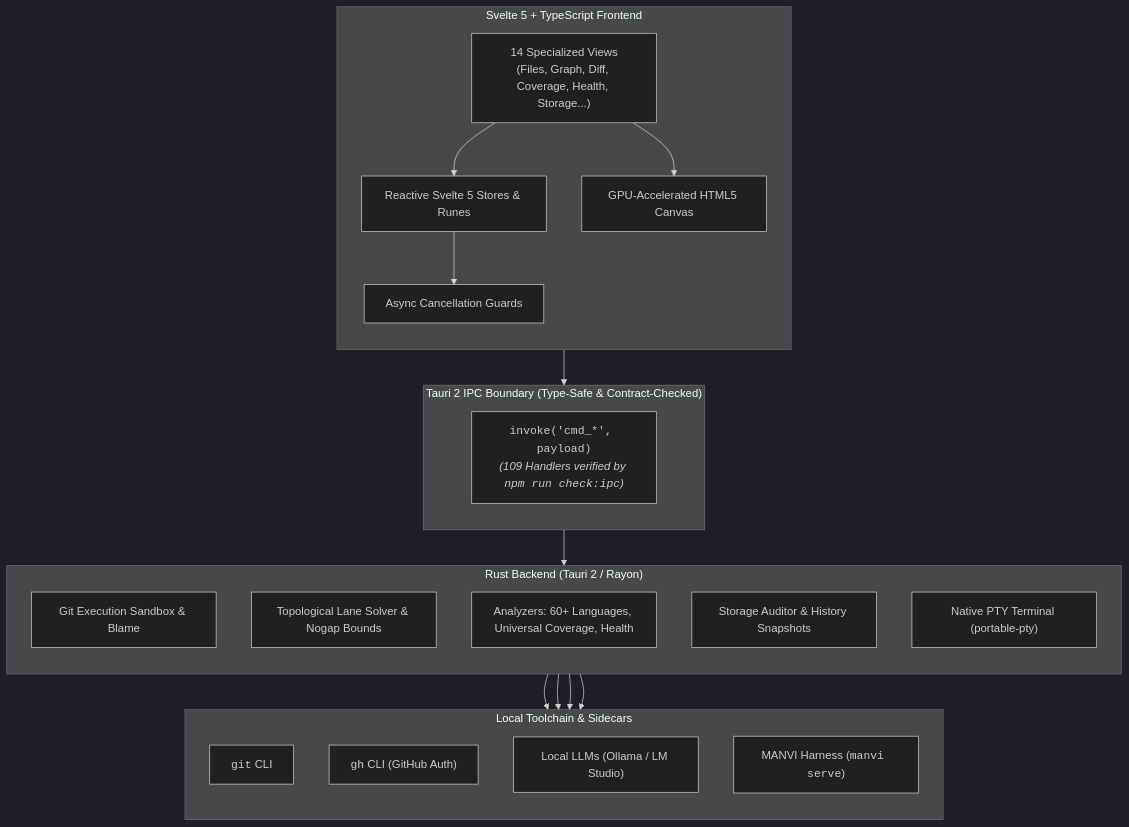
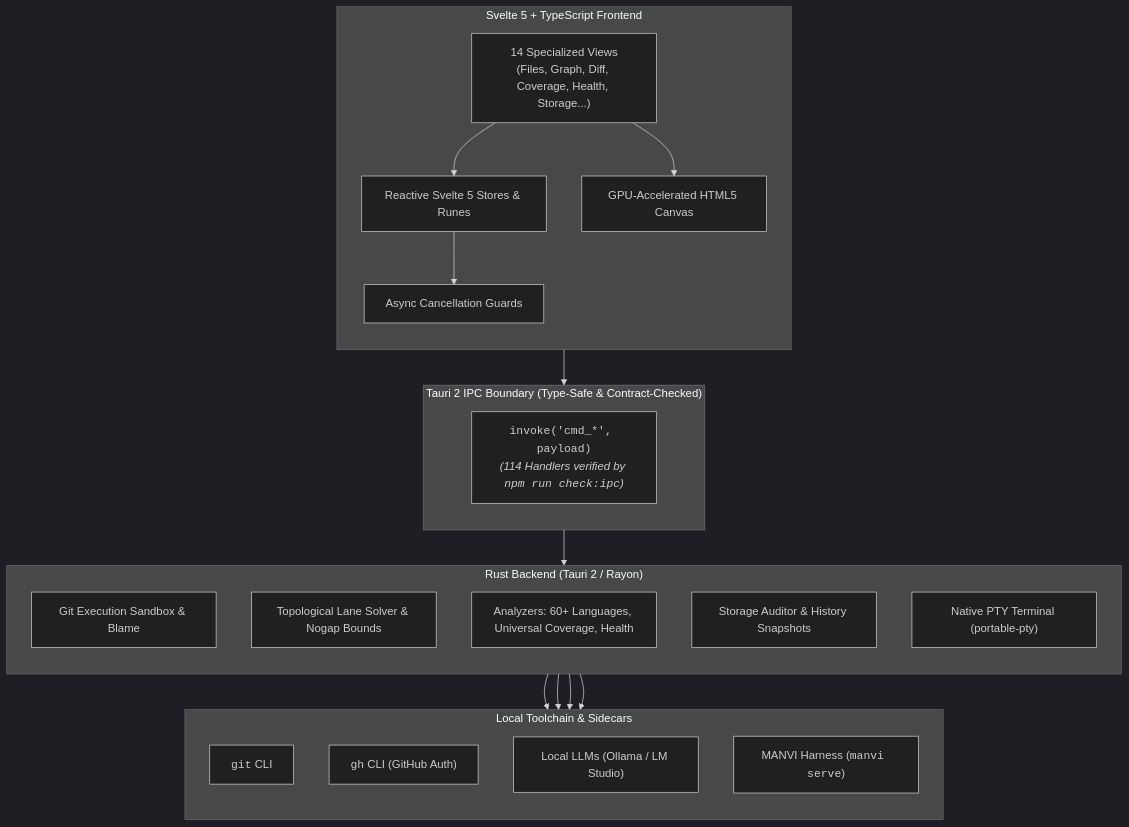
One commit to bharathvbcr/GitPulse changed the first of 4 diagrams in README.md. Above: the diagram before and after it, drawn with Mermaid (dark theme). The commit also changed other lines of this file and 19 other files, not shown here.

````diff
--- a/README.md
+++ b/README.md
@@ -41,43 +41,43 @@
 ```mermaid
 flowchart TB
     subgraph Frontend["Svelte 5 + TypeScript Frontend"]
         direction TB
         Views["14 Specialized Views<br/>(Files, Graph, Diff, Coverage, Health, Storage...)"]
         Stores["Reactive Svelte 5 Stores & Runes"]
         CanvasEngine["GPU-Accelerated HTML5 Canvas"]
         AsyncGuards["Async Cancellation Guards"]
         
         Views --> Stores
         Views --> CanvasEngine
         Stores --> AsyncGuards
     end
 
     subgraph IPC["Tauri 2 IPC Boundary (Type-Safe & Contract-Checked)"]
         direction TB
-        IPCBridge["<code>invoke('cmd_*', payload)</code><br/><i>(109 Handlers verified by <code>npm run check:ipc</code>)</i>"]
+        IPCBridge["<code>invoke('cmd_*', payload)</code><br/><i>(114 Handlers verified by <code>npm run check:ipc</code>)</i>"]
     end
 
     subgraph Backend["Rust Backend (Tauri 2 / Rayon)"]
         direction TB
         GitSandbox["Git Execution Sandbox & Blame"]
         GraphSolver["Topological Lane Solver & Nogap Bounds"]
         Analyzers["Analyzers: 60+ Languages, Universal Coverage, Health"]
         StorageEngine["Storage Auditor & History Snapshots"]
         TerminalPTY["Native PTY Terminal (portable-pty)"]
     end
 
     subgraph LocalTools["Local Toolchain & Sidecars"]
         direction TB
         GitCLI["<code>git</code> CLI"]
         GhCLI["<code>gh</code> CLI (GitHub Auth)"]
         LocalAI["Local LLMs (Ollama / LM Studio)"]
         ManviSidecar["MANVI Harness (<code>manvi serve</code>)"]
     end
 
     AsyncGuards --> IPCBridge
     IPCBridge --> Backend
     GitSandbox --> GitCLI
     Analyzers --> GhCLI
     Analyzers --> LocalAI
     Backend --> ManviSidecar
 ```
````
